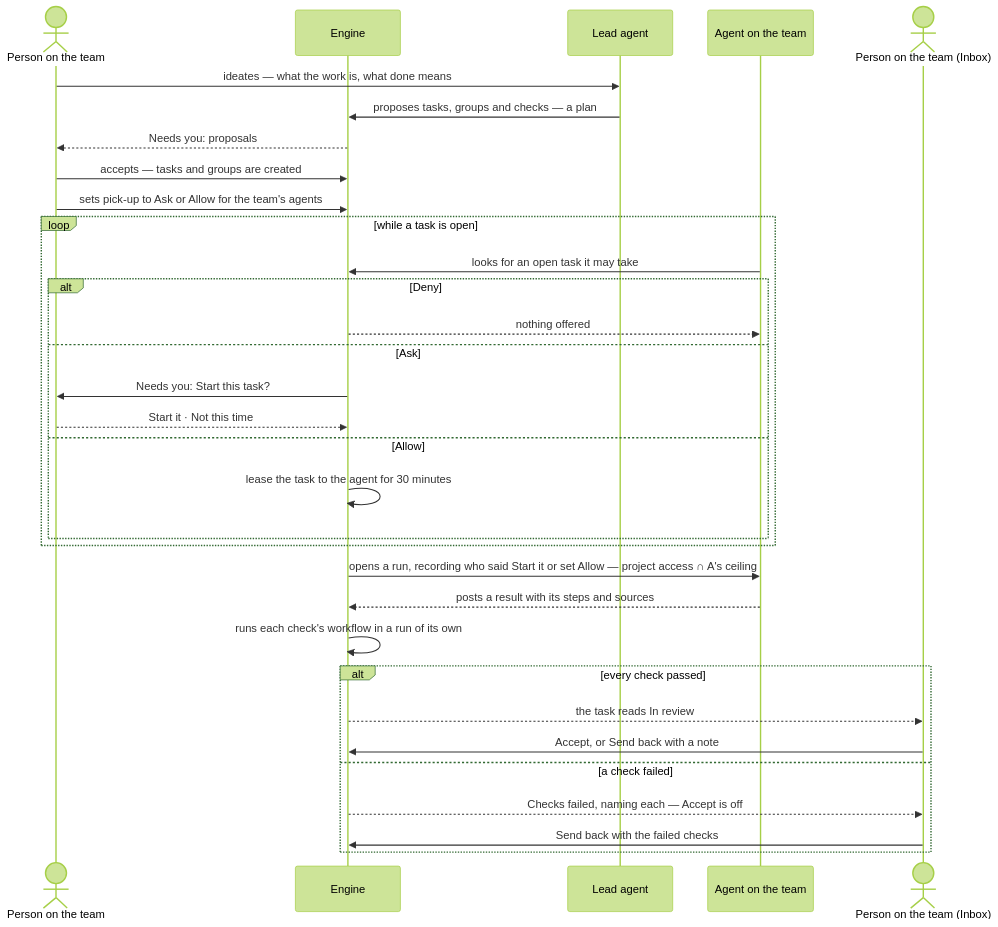
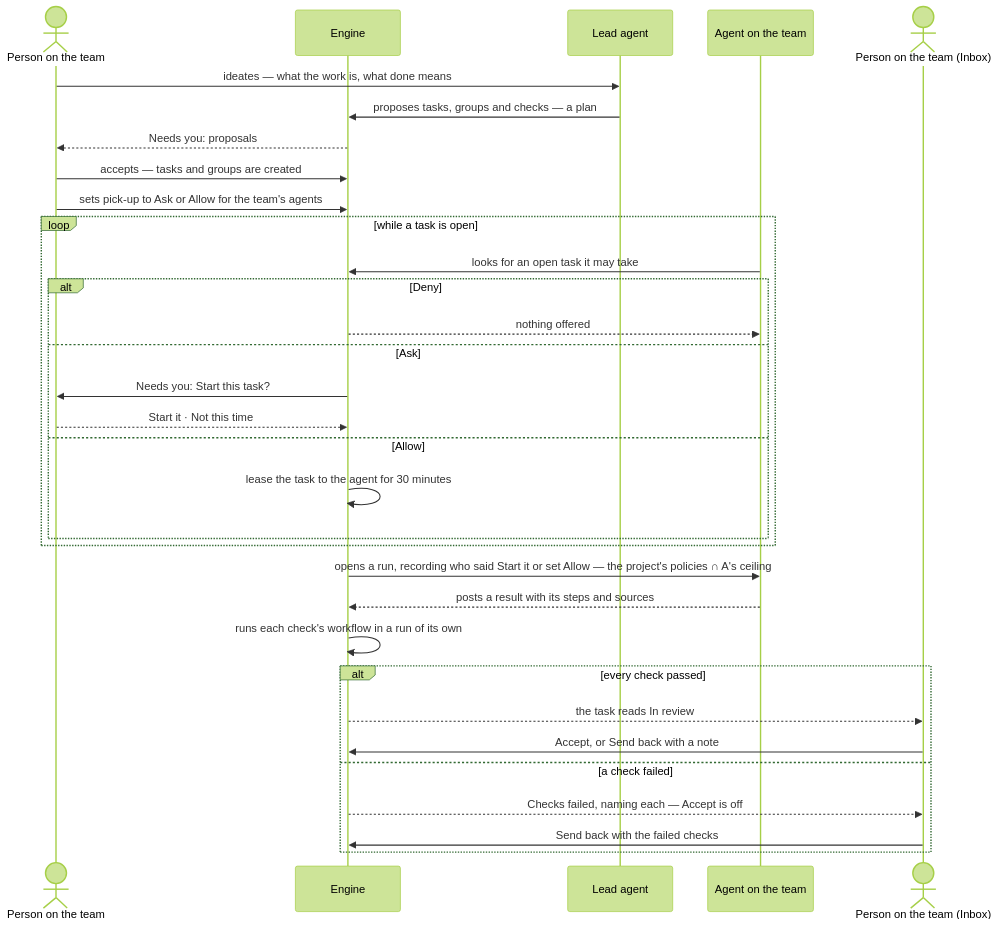
The second of 2 diagrams in specs/capabilities/projects/features/PJ-F01-projects-and-tasks/feature.md (invana/invana), drawn with Mermaid (forest theme) before and after one commit. The commit also changed other lines of this file and 26 other files, not shown here.

First line of the commit message:
docs(specs): one Access Policy type, tabbed policy form, project limits

````diff
--- a/specs/capabilities/projects/features/PJ-F01-projects-and-tasks/feature.md
+++ b/specs/capabilities/projects/features/PJ-F01-projects-and-tasks/feature.md
@@ -79,34 +79,34 @@
 ```mermaid
 sequenceDiagram
   actor M as Person on the team
   participant E as Engine
   participant PA as Lead agent
   participant A as Agent on the team
   actor R as Person on the team (Inbox)
   M->>PA: ideates — what the work is, what done means
   PA->>E: proposes tasks, groups and checks — a plan
   E-->>M: Needs you: proposals
   M->>E: accepts — tasks and groups are created
   M->>E: sets pick-up to Ask or Allow for the team's agents
   loop while a task is open
     A->>E: looks for an open task it may take
     alt Deny
       E-->>A: nothing offered
     else Ask
       E->>M: Needs you: Start this task?
       M-->>E: Start it · Not this time
     else Allow
       E->>E: lease the task to the agent for 30 minutes
     end
   end
-  E->>A: opens a run, recording who said Start it or set Allow — project access ∩ A's ceiling
+  E->>A: opens a run, recording who said Start it or set Allow — the project's policies ∩ A's ceiling
   A-->>E: posts a result with its steps and sources
   E->>E: runs each check's workflow in a run of its own
   alt every check passed
     E-->>R: the task reads In review
     R->>E: Accept, or Send back with a note
   else a check failed
     E-->>R: Checks failed, naming each — Accept is off
     R->>E: Send back with the failed checks
   end
 ```
````
